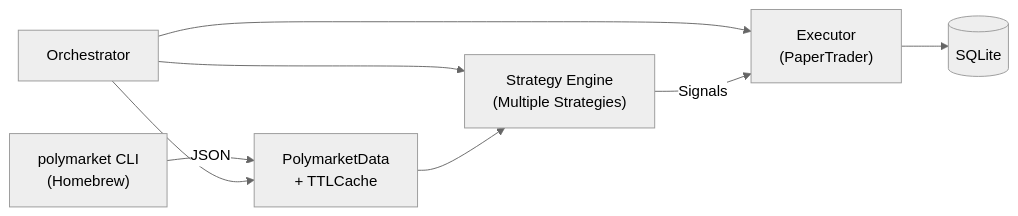
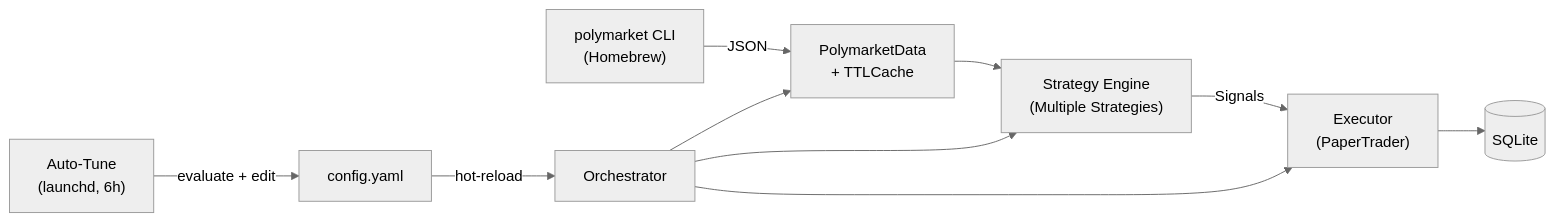
One commit to pharrellyhy/polymarket-agent changed the diagram in README.md. Above: the diagram before and after it, drawn with Mermaid (neutral theme). The commit also changed other lines of this file and 3 other files, not shown here.

````diff
--- a/README.md
+++ b/README.md
@@ -26,17 +27,21 @@
 ```mermaid
 flowchart LR
     CLI["polymarket CLI<br/>(Homebrew)"]
     Data["PolymarketData<br/>+ TTLCache"]
     Strat["Strategy Engine<br/>(Multiple Strategies)"]
     Exec["Executor<br/>(PaperTrader)"]
     DB[(SQLite)]
     Orch["Orchestrator"]
+    Config["config.yaml"]
+    Tune["Auto-Tune<br/>(launchd, 6h)"]
 
     CLI -->|JSON| Data
     Orch --> Data
     Orch --> Strat
     Orch --> Exec
     Data --> Strat
     Strat -->|Signals| Exec
     Exec --> DB
+    Config -->|hot-reload| Orch
+    Tune -->|evaluate + edit| Config
 ```
````
